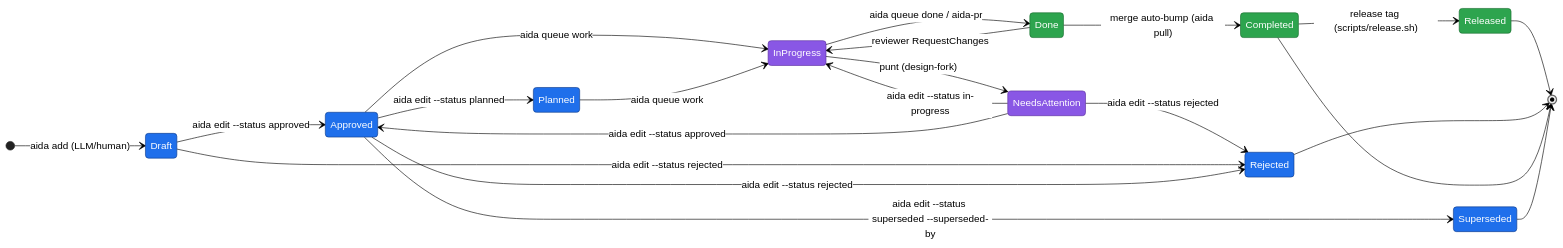
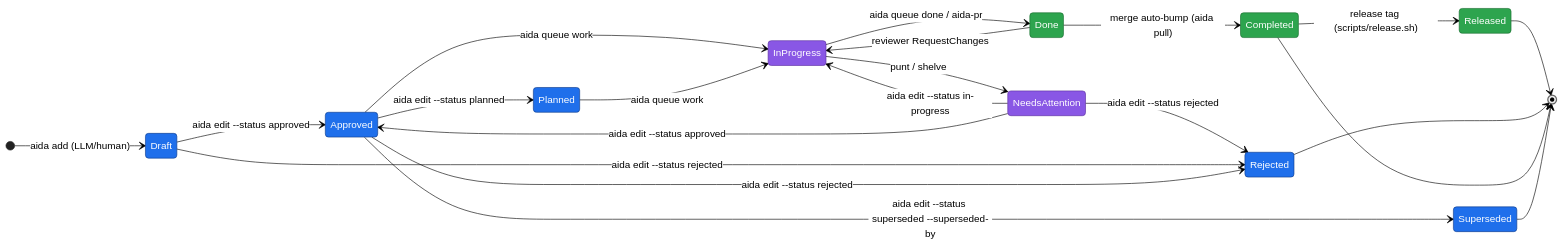
The first of 6 diagrams in docs/lifecycle.md (joemooney/aida), drawn with Mermaid (neutral theme) before and after one commit. The commit also changed other lines of this file and 12 other files, not shown here.

First line of the commit message:
[AI:codex] fix(display): split NeedsAttention rendering (STORY-1023) (#1729)

````diff
--- a/docs/lifecycle.md
+++ b/docs/lifecycle.md
@@ -247,36 +247,36 @@
 ```mermaid
 stateDiagram-v2
     direction LR
     [*] --> Draft: aida add (LLM/human)
 
     Draft --> Approved: aida edit --status approved
     Approved --> Planned: aida edit --status planned
     Approved --> InProgress: aida queue work
     Planned --> InProgress: aida queue work
     InProgress --> Done: aida queue done / aida-pr
     Done --> Completed: merge auto-bump (aida pull)
     Completed --> Released: release tag (scripts/release.sh)
 
-    InProgress --> NeedsAttention: punt (design-fork)
+    InProgress --> NeedsAttention: punt / shelve
     NeedsAttention --> InProgress: aida edit --status in-progress
     NeedsAttention --> Approved: aida edit --status approved
     NeedsAttention --> Rejected: aida edit --status rejected
 
     Draft --> Rejected: aida edit --status rejected
     Approved --> Rejected: aida edit --status rejected
     Done --> InProgress: reviewer RequestChanges
     Approved --> Superseded: aida edit --status superseded --superseded-by
 
     Released --> [*]
     Rejected --> [*]
     Completed --> [*]
     Superseded --> [*]
 
     classDef cli fill:#1f6feb,stroke:#0d3b8a,color:#fff
     classDef llm fill:#8957e5,stroke:#5a2ca0,color:#fff
     classDef git fill:#2da44e,stroke:#176b2e,color:#fff
 
     class Draft,Approved,Planned,Rejected,Superseded cli
     class InProgress,NeedsAttention llm
     class Done,Completed,Released git
 ```
````
